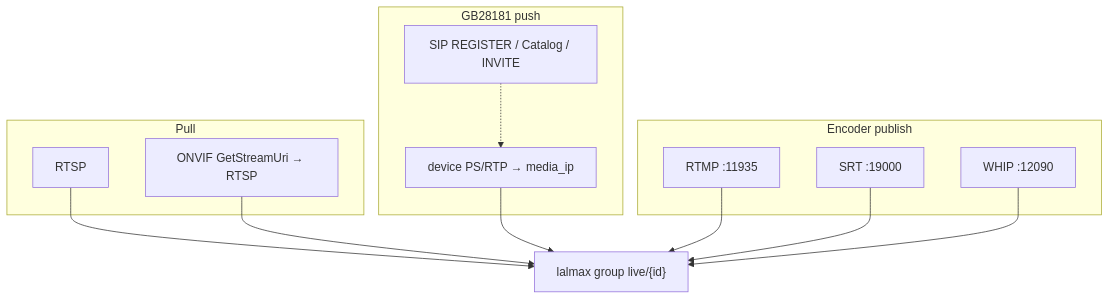
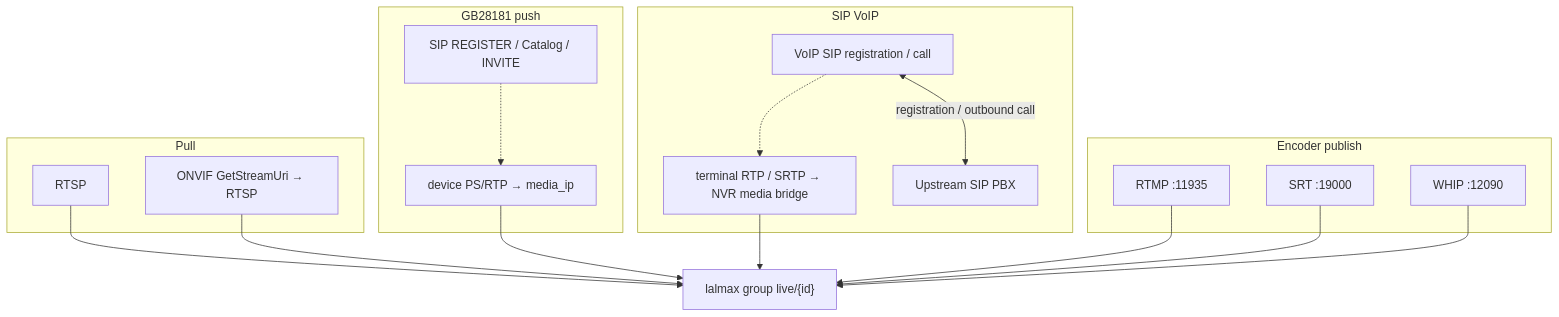
Before and after one commit to lalmax-pro/lalmax-nvr: the second of 7 diagrams in docs/en/architecture.md, drawn with Mermaid. The commit also changed other lines of this file and 1 other file, not shown here.

Commit message:
docs: show VoIP paths in architecture diagrams

````diff
--- a/docs/en/architecture.md
+++ b/docs/en/architecture.md
@@ -82,24 +95,32 @@
 ```mermaid
 flowchart TB
   subgraph pull [Pull]
     RTSP[RTSP]
     ONVIF["ONVIF GetStreamUri → RTSP"]
   end
   subgraph gb [GB28181 push]
-    SIP["SIP REGISTER / Catalog / INVITE"]
+    GBSIP["SIP REGISTER / Catalog / INVITE"]
     RTP["device PS/RTP → media_ip"]
+  end
+  subgraph voip [SIP VoIP]
+    VoIPSIP["VoIP SIP registration / call"]
+    VoIPMedia["terminal RTP / SRTP → NVR media bridge"]
+    PBX[Upstream SIP PBX]
   end
   subgraph pub [Encoder publish]
     RTMP[RTMP :11935]
     SRT[SRT :19000]
     WHIP["WHIP :12090"]
   end
   Group["lalmax group live/{id}"]
   RTSP --> Group
   ONVIF --> Group
-  SIP -.-> RTP
+  GBSIP -.-> RTP
   RTP --> Group
+  VoIPSIP -.-> VoIPMedia
+  VoIPSIP <-->|registration / outbound call| PBX
+  VoIPMedia --> Group
   RTMP --> Group
   SRT --> Group
   WHIP --> Group
 ```
````
